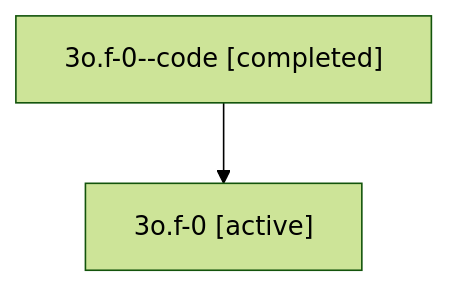
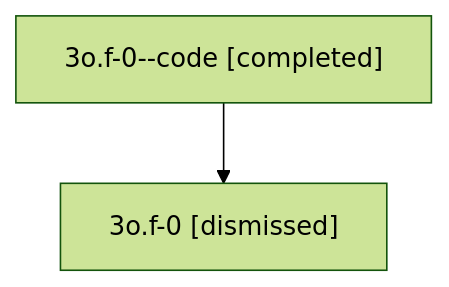
One commit to sase-org/sase--agents changed the diagram in sessions/bbugyi200.athena.3o.f-0.md. Above: the diagram before and after it, drawn with Mermaid (forest theme). The commit also changed other lines of this file and 32 other files, not shown here.

````diff
--- a/sessions/bbugyi200.athena.3o.f-0.md
+++ b/sessions/bbugyi200.athena.3o.f-0.md
@@ -9,6 +9,6 @@
 ```mermaid
 flowchart TD
   n0["3o.f-0--code [completed]"]
-  n1["3o.f-0 [active]"]
+  n1["3o.f-0 [dismissed]"]
   n0 --> n1
 ```
````
